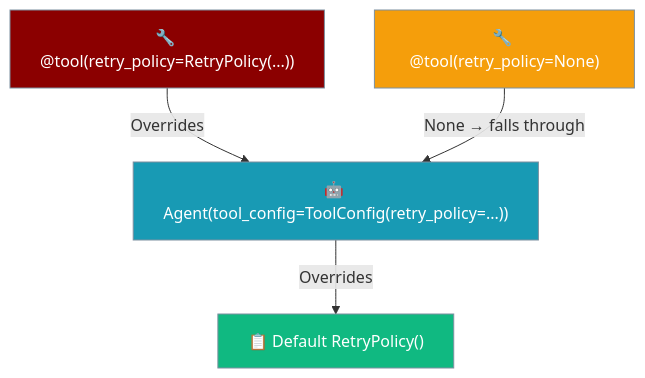
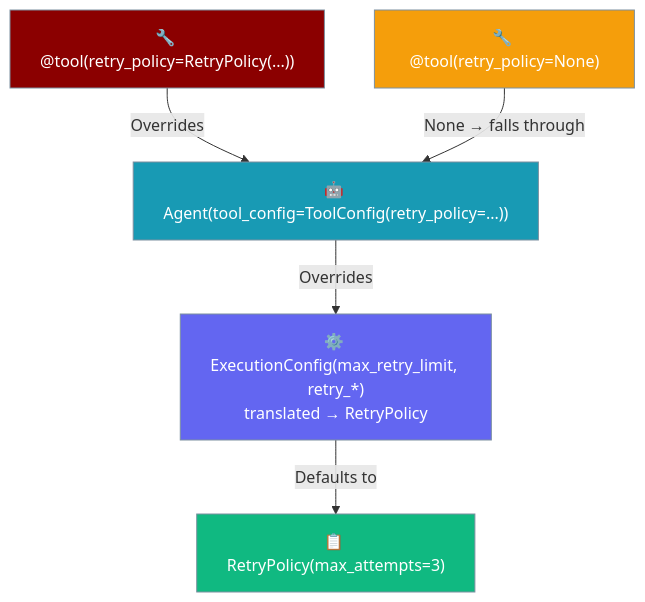
The third of 4 diagrams in docs/features/tool-retry-policy.mdx (MervinPraison/PraisonAIDocs), drawn with Mermaid before and after one commit. The commit also changed other lines of this file and 3 other files, not shown here.

First line of the commit message:
docs: unify tool retry as single RetryPolicy budget (fixes #3114)

````diff
--- a/docs/features/tool-retry-policy.mdx
+++ b/docs/features/tool-retry-policy.mdx
@@ -165,16 +207,19 @@
 ```mermaid
 graph TB
     A["🔧 @tool(retry_policy=RetryPolicy(...))"] -->|Overrides| B["🤖 Agent(tool_config=ToolConfig(retry_policy=...))"]
     AN["🔧 @tool(retry_policy=None)"] -->|"None → falls through"| B
-    B -->|Overrides| C["📋 Default RetryPolicy()"]
+    B -->|Overrides| C["⚙️ ExecutionConfig(max_retry_limit, retry_*)<br/>translated → RetryPolicy"]
+    C -->|Defaults to| D["📋 RetryPolicy(max_attempts=3)"]
     
     classDef highest fill:#8B0000,stroke:#7C90A0,color:#fff
     classDef none fill:#F59E0B,stroke:#7C90A0,color:#fff
     classDef agent fill:#189AB4,stroke:#7C90A0,color:#fff
+    classDef exec fill:#6366F1,stroke:#7C90A0,color:#fff
     classDef default fill:#10B981,stroke:#7C90A0,color:#fff
     
     class A highest
     class AN none
     class B agent
-    class C default
+    class C exec
+    class D default
 ```
````
